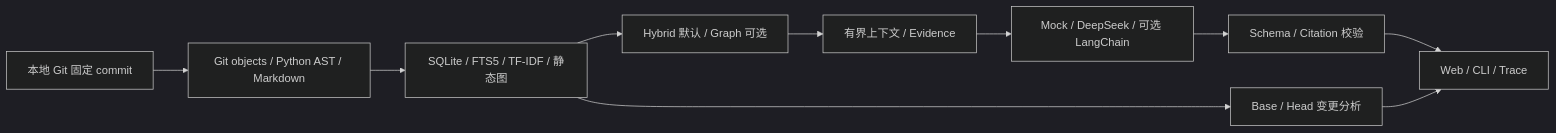
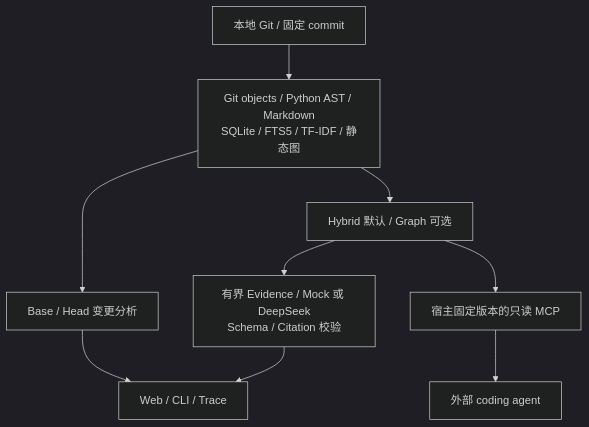
One commit to Zhang-J1a/RepoLens changed the diagram in README.md. Above: the diagram before and after it, drawn with Mermaid (dark theme). The commit also changed other lines of this file and 3 other files, not shown here.

Commit message:
docs: record green portfolio CI and improve architecture diagram readability

````diff
--- a/README.md
+++ b/README.md
@@ -97,12 +97,11 @@
 ```mermaid
-flowchart LR
-    Git[本地 Git 固定 commit] --> Parse[Git objects / Python AST / Markdown]
-    Parse --> Store[SQLite / FTS5 / TF-IDF / 静态图]
+flowchart TB
+    Git[本地 Git / 固定 commit] --> Store["Git objects / Python AST / Markdown<br/>SQLite / FTS5 / TF-IDF / 静态图"]
     Store --> Search[Hybrid 默认 / Graph 可选]
-    Search --> Pack[有界上下文 / Evidence]
-    Pack --> Model[Mock / DeepSeek / 可选 LangChain]
-    Model --> Check[Schema / Citation 校验]
-    Check --> UI[Web / CLI / Trace]
+    Search --> Answer["有界 Evidence / Mock 或 DeepSeek<br/>Schema / Citation 校验"]
     Store --> Diff[Base / Head 变更分析]
+    Search --> MCP[宿主固定版本的只读 MCP]
+    Answer --> UI[Web / CLI / Trace]
     Diff --> UI
+    MCP --> Client[外部 coding agent]
 ```
````
